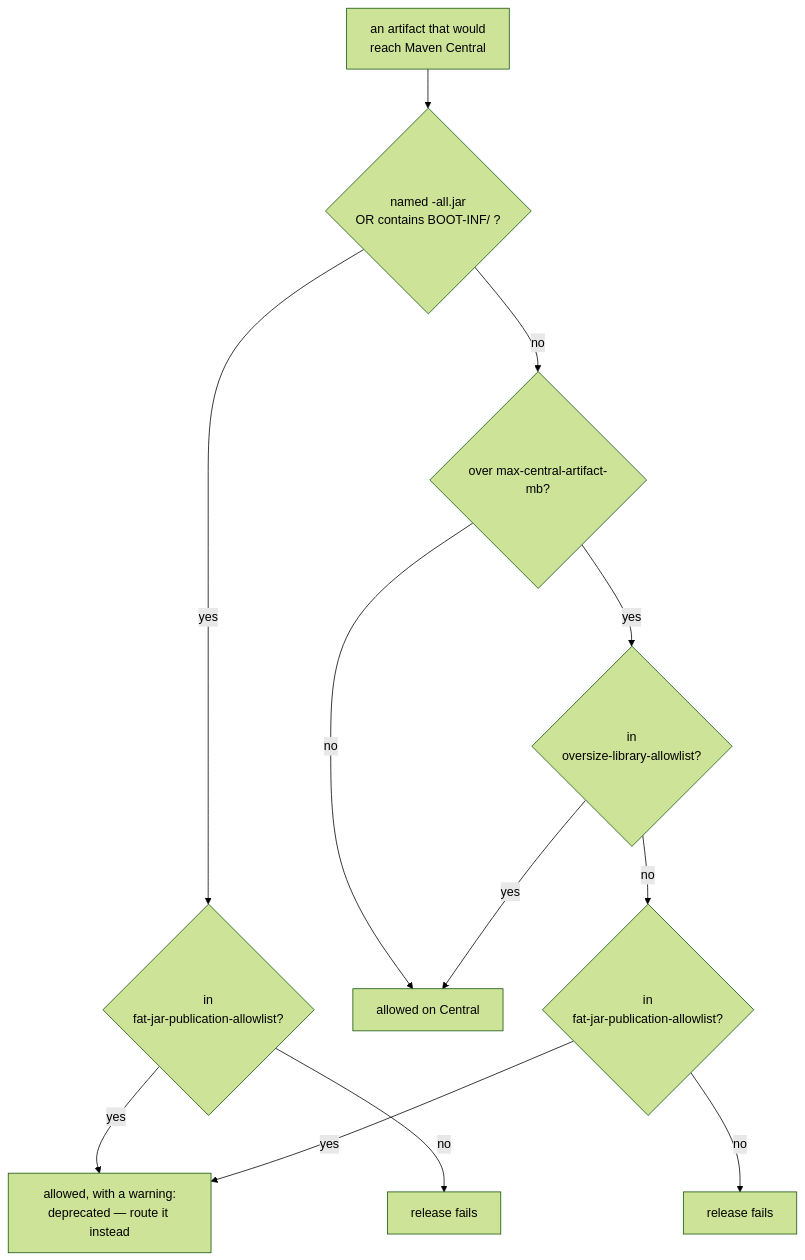
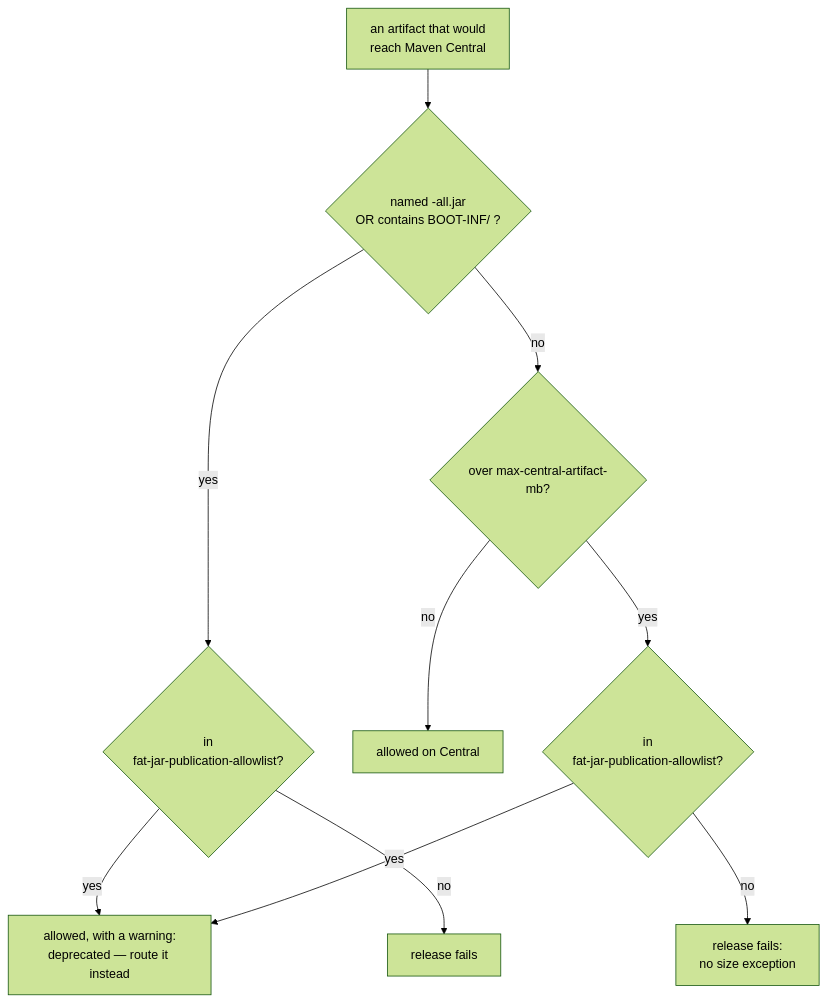
Before and after one commit to octopusden/octopus-base: the first of 2 diagrams in docs/Octopus Developer Guide.md, drawn with Mermaid (forest theme). The commit also changed other lines of this file and 7 other files, not shown here.

````diff
--- a/docs/Octopus Developer Guide.md
+++ b/docs/Octopus Developer Guide.md
@@ -277,14 +277,12 @@
 ```mermaid
 flowchart TD
     A["an artifact that would<br/>reach Maven Central"] --> K1{"named -all.jar<br/>OR contains BOOT-INF/ ?"}
     K1 -->|yes| EXF{"in<br/>fat-jar-publication-allowlist?"}
     EXF -->|yes| WARN["allowed, with a warning:<br/>deprecated — route it instead"]
     EXF -->|no| FAILF["release fails"]
     K1 -->|no| K2{"over max-central-artifact-mb?"}
     K2 -->|no| OK["allowed on Central"]
-    K2 -->|yes| EXO{"in<br/>oversize-library-allowlist?"}
-    EXO -->|yes| OK
-    EXO -->|no| EXF2{"in<br/>fat-jar-publication-allowlist?"}
+    K2 -->|yes| EXF2{"in<br/>fat-jar-publication-allowlist?"}
     EXF2 -->|yes| WARN
-    EXF2 -->|no| FAILO["release fails"]
+    EXF2 -->|no| FAILO["release fails:<br/>no size exception"]
 ```
````
